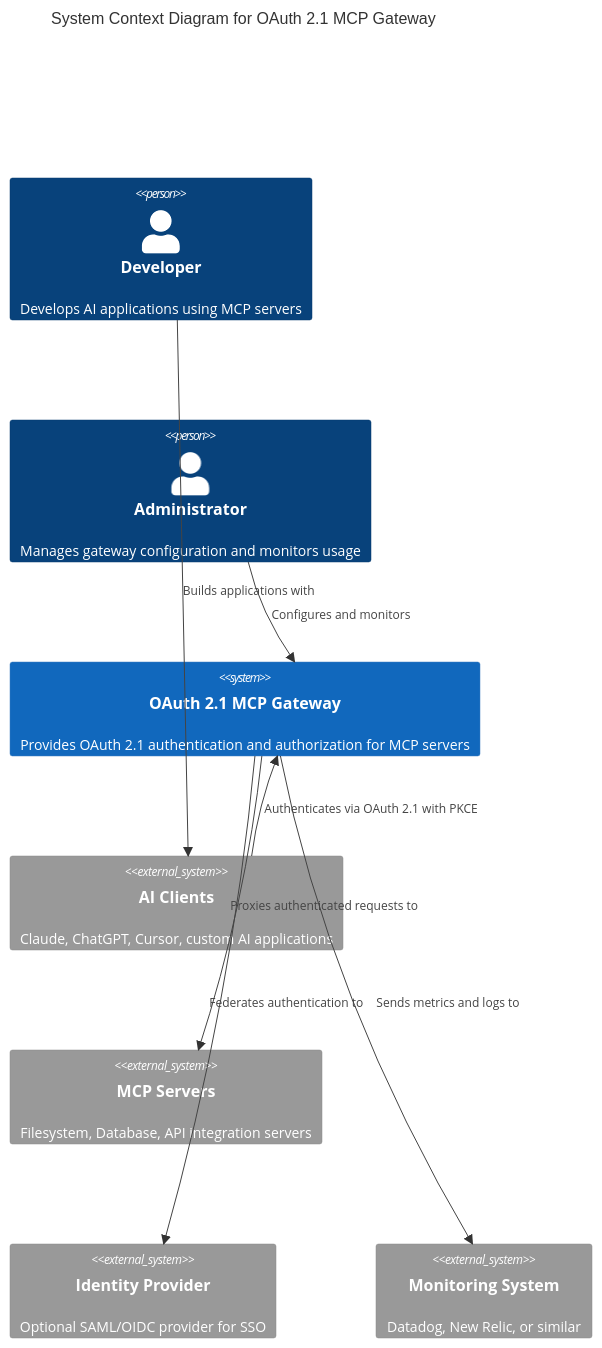
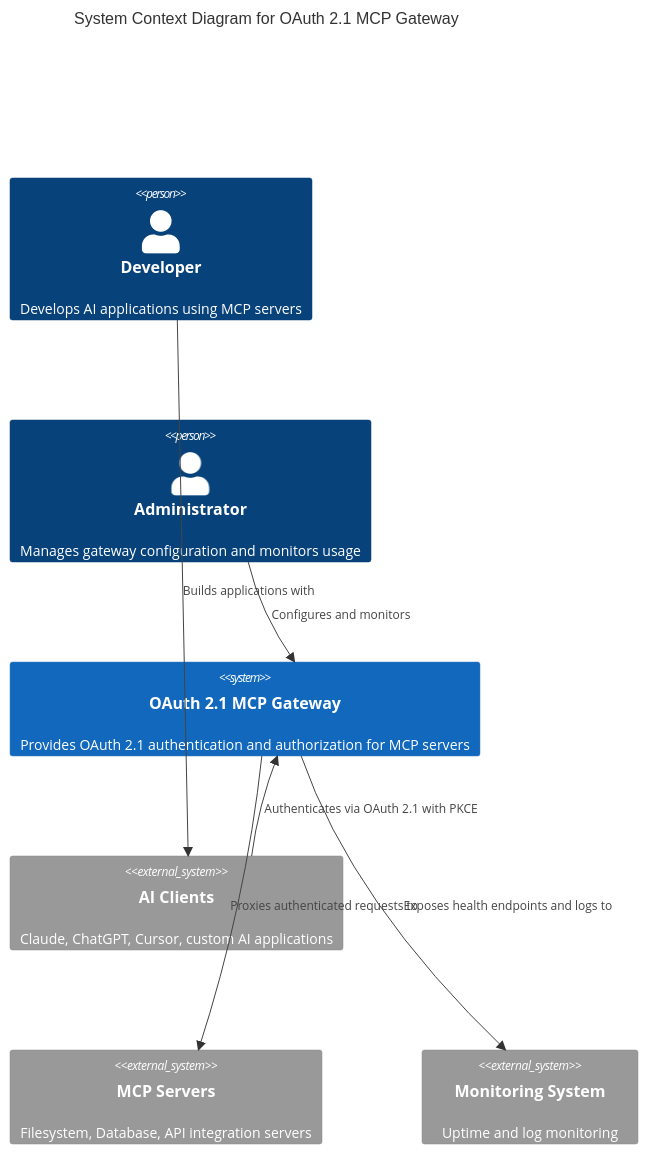
Before and after one commit to TevBenji/OAuth-2.1-MCP-Gateway: the first of 4 diagrams in docs/architecture/diagrams.md, drawn with Mermaid. The commit also changed other lines of this file and 75 other files, not shown here.

````diff
--- a/docs/architecture/diagrams.md
+++ b/docs/architecture/diagrams.md
@@ -16,23 +16,21 @@
 ```mermaid
 C4Context
     title System Context Diagram for OAuth 2.1 MCP Gateway
 
     Person(developer, "Developer", "Develops AI applications using MCP servers")
     Person(admin, "Administrator", "Manages gateway configuration and monitors usage")
 
     System(gateway, "OAuth 2.1 MCP Gateway", "Provides OAuth 2.1 authentication and authorization for MCP servers")
 
     System_Ext(aiClient, "AI Clients", "Claude, ChatGPT, Cursor, custom AI applications")
     System_Ext(mcpServer, "MCP Servers", "Filesystem, Database, API integration servers")
-    System_Ext(idp, "Identity Provider", "Optional SAML/OIDC provider for SSO")
-    System_Ext(monitoring, "Monitoring System", "Datadog, New Relic, or similar")
+    System_Ext(monitoring, "Monitoring System", "Uptime and log monitoring")
 
     Rel(developer, aiClient, "Builds applications with")
     Rel(aiClient, gateway, "Authenticates via OAuth 2.1 with PKCE")
     Rel(gateway, mcpServer, "Proxies authenticated requests to")
-    Rel(gateway, idp, "Federates authentication to")
     Rel(admin, gateway, "Configures and monitors")
-    Rel(gateway, monitoring, "Sends metrics and logs to")
+    Rel(gateway, monitoring, "Exposes health endpoints and logs to")
 
     UpdateLayoutConfig($c4ShapeInRow="3", $c4BoundaryInRow="2")
 ```
````
